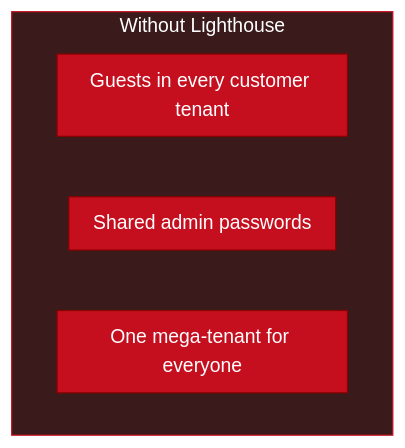
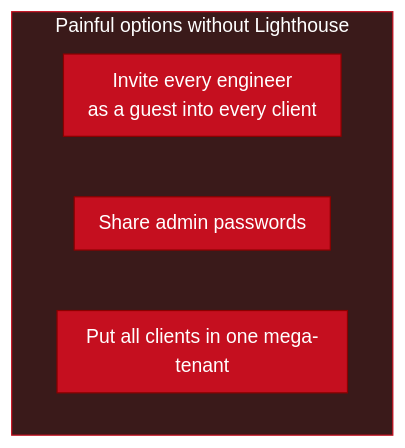
Before and after one commit to atingupta2005/adx-aws-training-aug-26: the first of 10 diagrams in Module_09_Azure_Lighthouse/09_Azure_Lighthouse_Concepts.md, drawn with Mermaid. The commit also changed other lines of this file, not shown here.

````diff
--- a/Module_09_Azure_Lighthouse/09_Azure_Lighthouse_Concepts.md
+++ b/Module_09_Azure_Lighthouse/09_Azure_Lighthouse_Concepts.md
@@ -13,13 +30,13 @@
 ```mermaid
 %%{init: {"theme":"base","flowchart":{"htmlLabels":true,"padding":10}}}%%
 flowchart TB
-  subgraph BAD["Without Lighthouse"]
-    G1["Guests in every customer tenant"]
-    G2["Shared admin passwords"]
-    G3["One mega-tenant for everyone"]
+  subgraph BAD["Painful options without Lighthouse"]
+    G1["Invite every engineer<br/>as a guest into every client"]
+    G2["Share admin passwords"]
+    G3["Put all clients in one mega-tenant"]
   end
   style BAD fill:#3a1a1a,stroke:#c50f1f,color:#fff
   style G1 fill:#c50f1f,stroke:#8b0000,color:#fff
   style G2 fill:#c50f1f,stroke:#8b0000,color:#fff
   style G3 fill:#c50f1f,stroke:#8b0000,color:#fff
 ```
````
